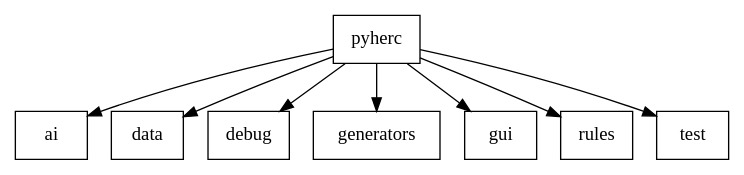
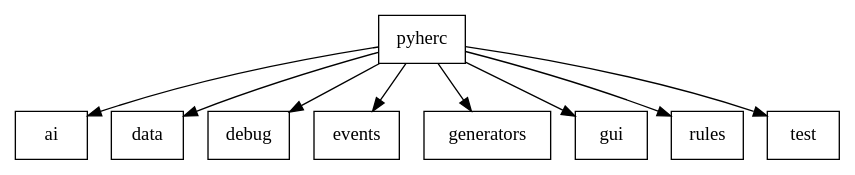
Before and after one commit to tuturto/pyherc: the diagram in doc/api/source/module_descriptions.rst, drawn with Graphviz. The commit also changed other lines of this file and 10 other files, not shown here.

```diff
--- a/doc/api/source/module_descriptions.rst
+++ b/doc/api/source/module_descriptions.rst
@@ -6,22 +6,24 @@
 .. graphviz:: 
 
     digraph hierarchy {
         node[shape=box]
         edge[dir=forward, arrowtail=empty]
         pyherc
         ai
         data
         debug
+        events
         generators
         gui
         rules
         test
 
         pyherc->ai
         pyherc->data
         pyherc->debug
+        pyherc->events
         pyherc->generators
         pyherc->gui
         pyherc->rules
         pyherc->test    
     }
```
